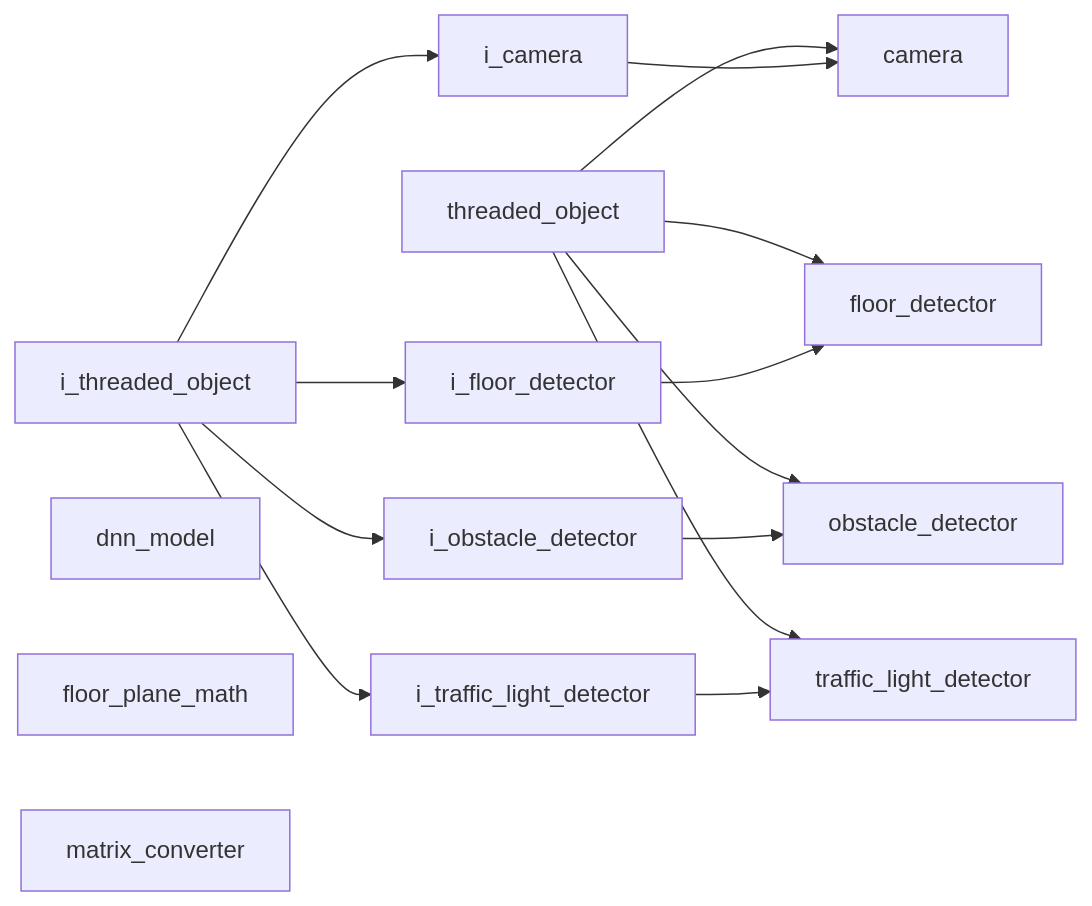
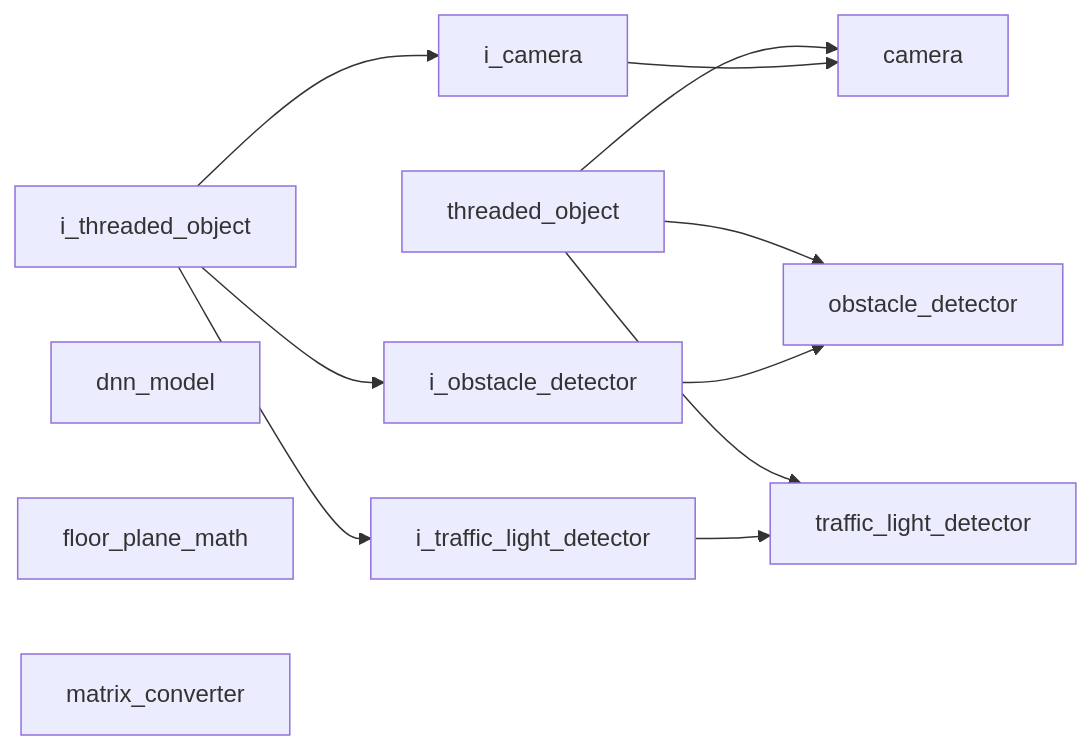
Before and after one commit to kasper-szczerba/acs_wiki: the diagram in docs/codebase/namespaces/vision/index.md, drawn with Mermaid. The commit also changed other lines of this file and 22 other files, not shown here.

````diff
--- a/docs/codebase/namespaces/vision/index.md
+++ b/docs/codebase/namespaces/vision/index.md
@@ -28,28 +26,23 @@
 ```mermaid
 graph LR
     C__DEV_vs_projects_acs_wiki_docs_codebase_namespaces_core_implementations_threaded_object["threaded_object"]
     C__DEV_vs_projects_acs_wiki_docs_codebase_namespaces_core_interfaces_i_threaded_object["i_threaded_object"]
     C__DEV_vs_projects_acs_wiki_docs_codebase_namespaces_vision_implementations_camera["camera"]
-    C__DEV_vs_projects_acs_wiki_docs_codebase_namespaces_vision_implementations_floor_detector["floor_detector"]
     C__DEV_vs_projects_acs_wiki_docs_codebase_namespaces_vision_implementations_obstacle_detector["obstacle_detector"]
     C__DEV_vs_projects_acs_wiki_docs_codebase_namespaces_vision_implementations_traffic_light_detector["traffic_light_detector"]
     C__DEV_vs_projects_acs_wiki_docs_codebase_namespaces_vision_interfaces_i_camera["i_camera"]
-    C__DEV_vs_projects_acs_wiki_docs_codebase_namespaces_vision_interfaces_i_floor_detector["i_floor_detector"]
     C__DEV_vs_projects_acs_wiki_docs_codebase_namespaces_vision_interfaces_i_obstacle_detector["i_obstacle_detector"]
     C__DEV_vs_projects_acs_wiki_docs_codebase_namespaces_vision_interfaces_i_traffic_light_detector["i_traffic_light_detector"]
     C__DEV_vs_projects_acs_wiki_docs_codebase_namespaces_vision_utility_dnn_model["dnn_model"]
     C__DEV_vs_projects_acs_wiki_docs_codebase_namespaces_vision_utility_floor_plane_math["floor_plane_math"]
     C__DEV_vs_projects_acs_wiki_docs_codebase_namespaces_vision_utility_matrix_converter["matrix_converter"]
     C__DEV_vs_projects_acs_wiki_docs_codebase_namespaces_core_implementations_threaded_object --> C__DEV_vs_projects_acs_wiki_docs_codebase_namespaces_vision_implementations_camera
-    C__DEV_vs_projects_acs_wiki_docs_codebase_namespaces_core_implementations_threaded_object --> C__DEV_vs_projects_acs_wiki_docs_codebase_namespaces_vision_implementations_floor_detector
     C__DEV_vs_projects_acs_wiki_docs_codebase_namespaces_core_implementations_threaded_object --> C__DEV_vs_projects_acs_wiki_docs_codebase_namespaces_vision_implementations_obstacle_detector
     C__DEV_vs_projects_acs_wiki_docs_codebase_namespaces_core_implementations_threaded_object --> C__DEV_vs_projects_acs_wiki_docs_codebase_namespaces_vision_implementations_traffic_light_detector
     C__DEV_vs_projects_acs_wiki_docs_codebase_namespaces_core_interfaces_i_threaded_object --> C__DEV_vs_projects_acs_wiki_docs_codebase_namespaces_vision_interfaces_i_camera
-    C__DEV_vs_projects_acs_wiki_docs_codebase_namespaces_core_interfaces_i_threaded_object --> C__DEV_vs_projects_acs_wiki_docs_codebase_namespaces_vision_interfaces_i_floor_detector
     C__DEV_vs_projects_acs_wiki_docs_codebase_namespaces_core_interfaces_i_threaded_object --> C__DEV_vs_projects_acs_wiki_docs_codebase_namespaces_vision_interfaces_i_obstacle_detector
     C__DEV_vs_projects_acs_wiki_docs_codebase_namespaces_core_interfaces_i_threaded_object --> C__DEV_vs_projects_acs_wiki_docs_codebase_namespaces_vision_interfaces_i_traffic_light_detector
     C__DEV_vs_projects_acs_wiki_docs_codebase_namespaces_vision_interfaces_i_camera --> C__DEV_vs_projects_acs_wiki_docs_codebase_namespaces_vision_implementations_camera
-    C__DEV_vs_projects_acs_wiki_docs_codebase_namespaces_vision_interfaces_i_floor_detector --> C__DEV_vs_projects_acs_wiki_docs_codebase_namespaces_vision_implementations_floor_detector
     C__DEV_vs_projects_acs_wiki_docs_codebase_namespaces_vision_interfaces_i_obstacle_detector --> C__DEV_vs_projects_acs_wiki_docs_codebase_namespaces_vision_implementations_obstacle_detector
     C__DEV_vs_projects_acs_wiki_docs_codebase_namespaces_vision_interfaces_i_traffic_light_detector --> C__DEV_vs_projects_acs_wiki_docs_codebase_namespaces_vision_implementations_traffic_light_detector
 ```
````
